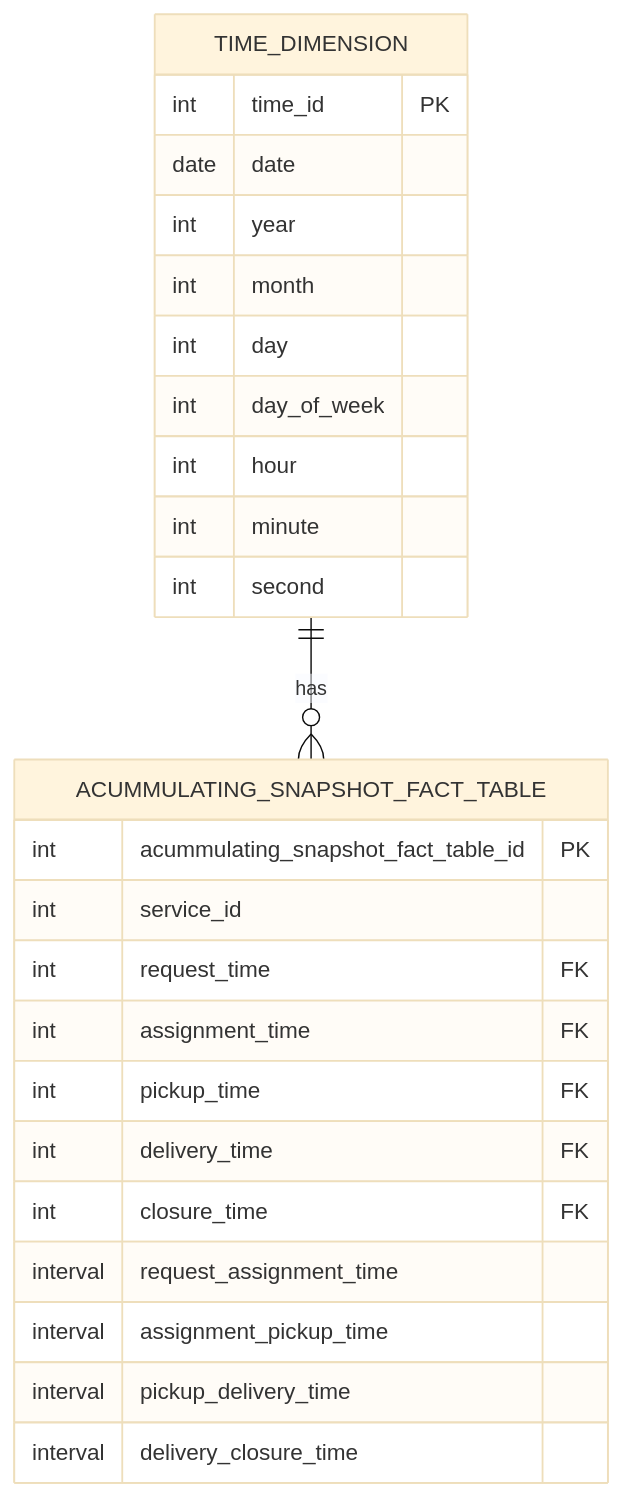
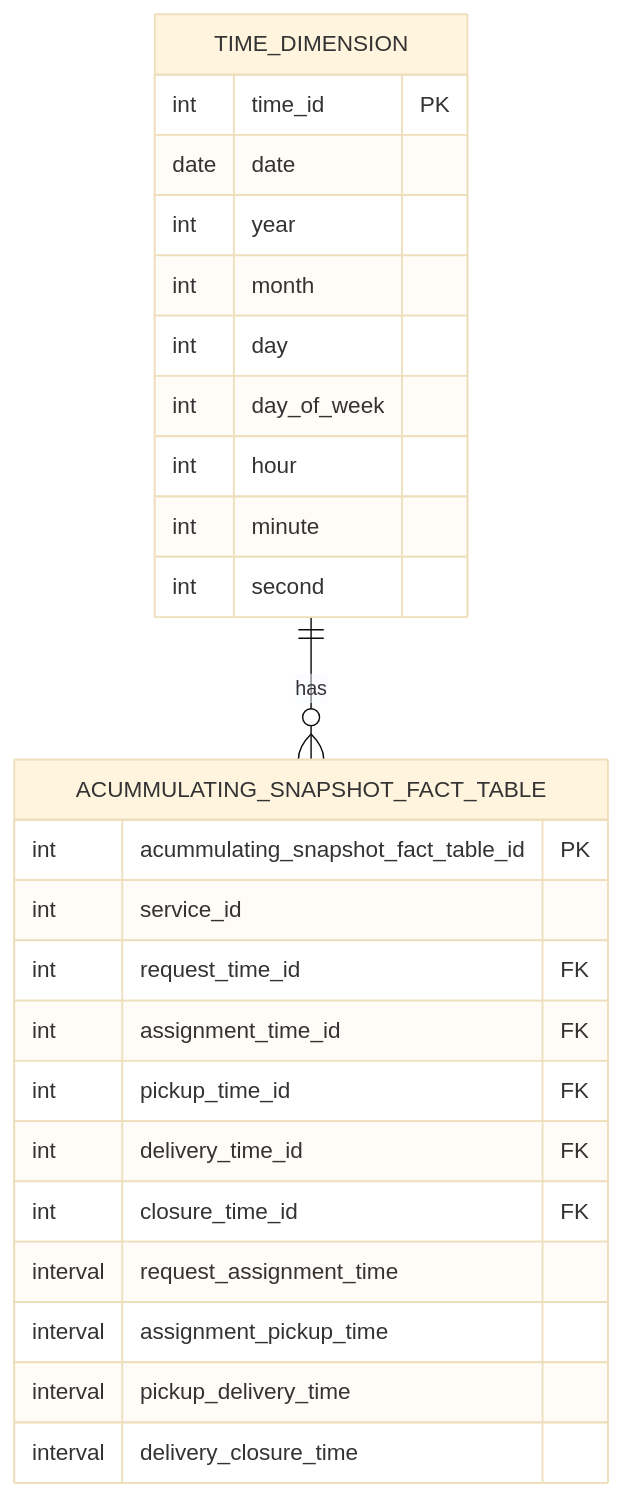
Before and after one commit to LONG-TERM-EFFECTS-OF-SUFFERING/Rapidos_y_Furiosos_data_warehouse: the seventh of 9 diagrams in dimensions_and_data_marts.md, drawn with Mermaid (base theme). The commit also changed 2 other files, not shown here.

Commit message:
add final version of the accumulating snapshot data mart and queries_to_answer_the question file with the questions related to the acummulating snapshot and update data marts

````diff
--- a/dimensions_and_data_marts.md
+++ b/dimensions_and_data_marts.md
@@ -89,30 +89,30 @@
 ```MERMAID
 erDiagram
     TIME_DIMENSION {
         int time_id PK
         date date
         int year
         int month
         int day
         int day_of_week
         int hour
         int minute
         int second
     }
 
     ACUMMULATING_SNAPSHOT_FACT_TABLE {
         int acummulating_snapshot_fact_table_id PK
         int service_id
-        int request_time FK
-        int assignment_time FK
-        int pickup_time FK
-        int delivery_time FK
-        int closure_time FK
+        int request_time_id FK
+        int assignment_time_id FK
+        int pickup_time_id FK
+        int delivery_time_id FK
+        int closure_time_id FK
         interval request_assignment_time
         interval assignment_pickup_time
         interval pickup_delivery_time
         interval delivery_closure_time
     }
 
     TIME_DIMENSION ||--o{ ACUMMULATING_SNAPSHOT_FACT_TABLE : "has"
 ```
````
